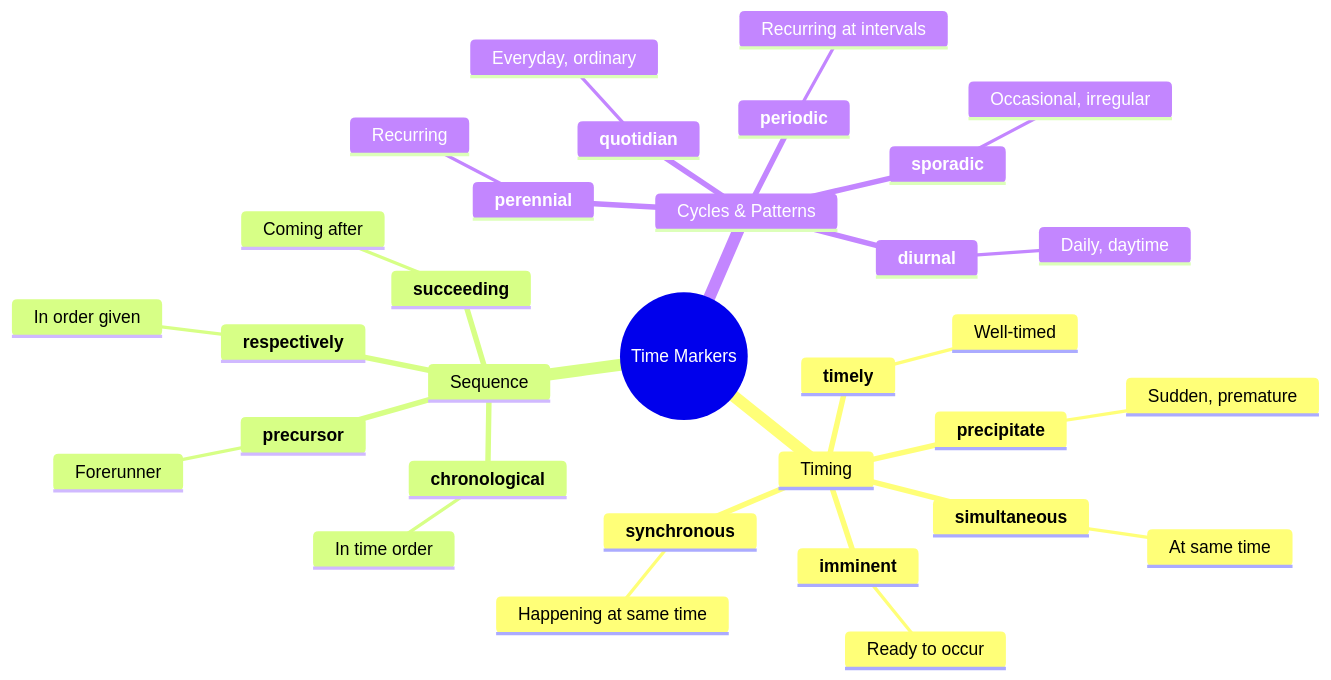
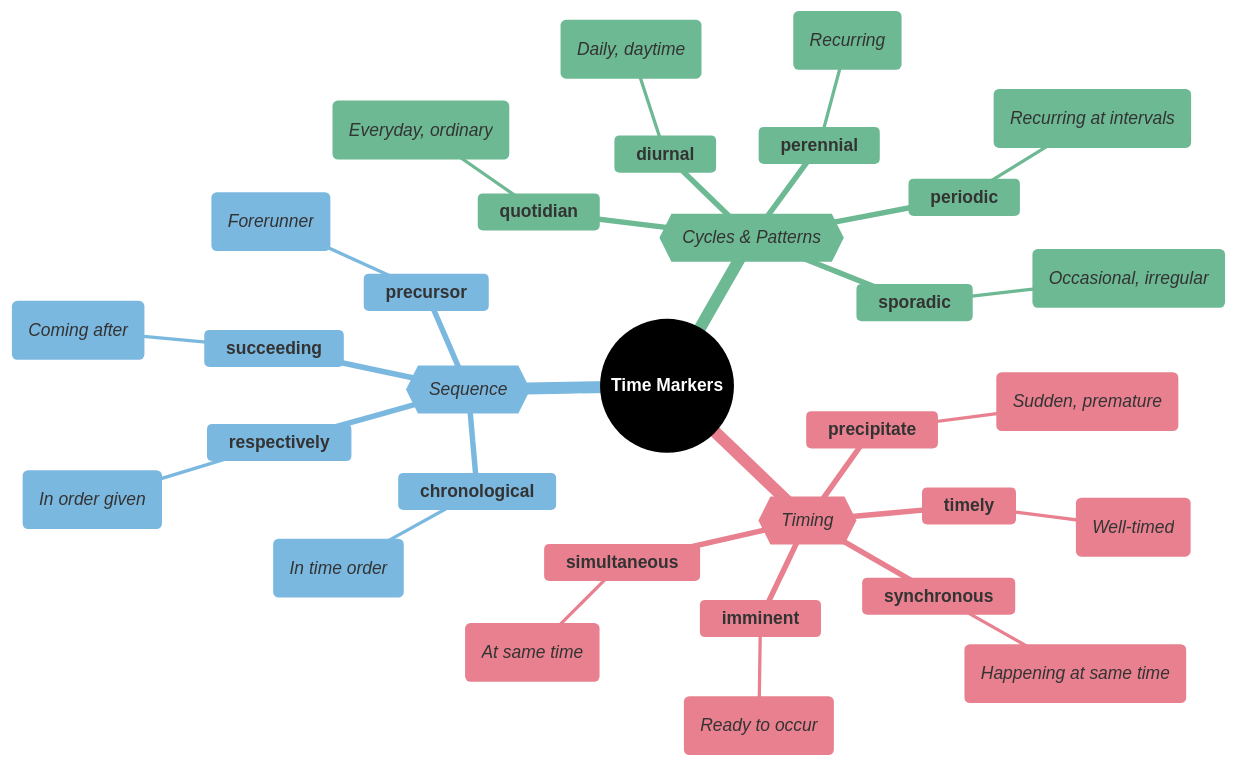
The sixth of 8 diagrams in mindmaps/15-time-and-duration.md (95anantsingh/gre-preparation), drawn with Mermaid before and after one commit. The commit also changed other lines of this file and 14 other files, not shown here.

````diff
--- a/mindmaps/15-time-and-duration.md
+++ b/mindmaps/15-time-and-duration.md
@@ -201,35 +344,54 @@
 ```mermaid
+%%{
+  init: {
+    "theme": "base",
+    "themeVariables": {
+      "primaryColor": "#000000",
+      "cScale1": "#e8808f",  "cScaleInv1": "#a33445",
+      "cScale2": "#7bb8e0",  "cScaleInv2": "#266a93",
+      "cScale3": "#6db993",  "cScaleInv3": "#23543f",
+      "cScale4": "#f5d07a",  "cScaleInv4": "#c4903b",
+      "cScale5": "#b08fcc",  "cScaleInv5": "#5d3b75",
+      "cScale6": "#74dace",  "cScaleInv6": "#217d72",
+      "cScale7": "#f09570",  "cScaleInv7": "#b84112",
+      "cScale8": "#8ea8c2",  "cScaleInv8": "#32465e",
+      "cScale9": "#cc7fba",  "cScaleInv9": "#7d2868",
+      "cScale10": "#c99a78", "cScaleInv10": "#7c4e32",
+      "cScale11": "#a3a3a3", "cScaleInv11": "#3d3d3d"
+    }
+  }
+}%%
 mindmap
-  root((Time Markers))
-    Timing
+  root((<font color=white>**Time Markers**</font>))
+    {{_Timing_}}
       **timely**
-        Well-timed
+        (_Well-timed_)
       **precipitate**
-        Sudden, premature
+        (_Sudden, premature_)
       **imminent**
-        Ready to occur
+        (_Ready to occur_)
       **simultaneous**
-        At same time
+        (_At same time_)
       **synchronous**
-        Happening at same time
-    Sequence
+        (_Happening at same time_)
+    {{_Sequence_}}
       **chronological**
-        In time order
+        (_In time order_)
       **precursor**
-        Forerunner
+        (_Forerunner_)
       **succeeding**
-        Coming after
+        (_Coming after_)
       **respectively**
-        In order given
-    Cycles & Patterns
+        (_In order given_)
+    {{_Cycles & Patterns_}}
       **diurnal**
-        Daily, daytime
+        (_Daily, daytime_)
       **quotidian**
-        Everyday, ordinary
+        (_Everyday, ordinary_)
       **perennial**
-        Recurring
+        (_Recurring_)
       **sporadic**
-        Occasional, irregular
+        (_Occasional, irregular_)
       **periodic**
-        Recurring at intervals
+        (_Recurring at intervals_)
 ```
````
